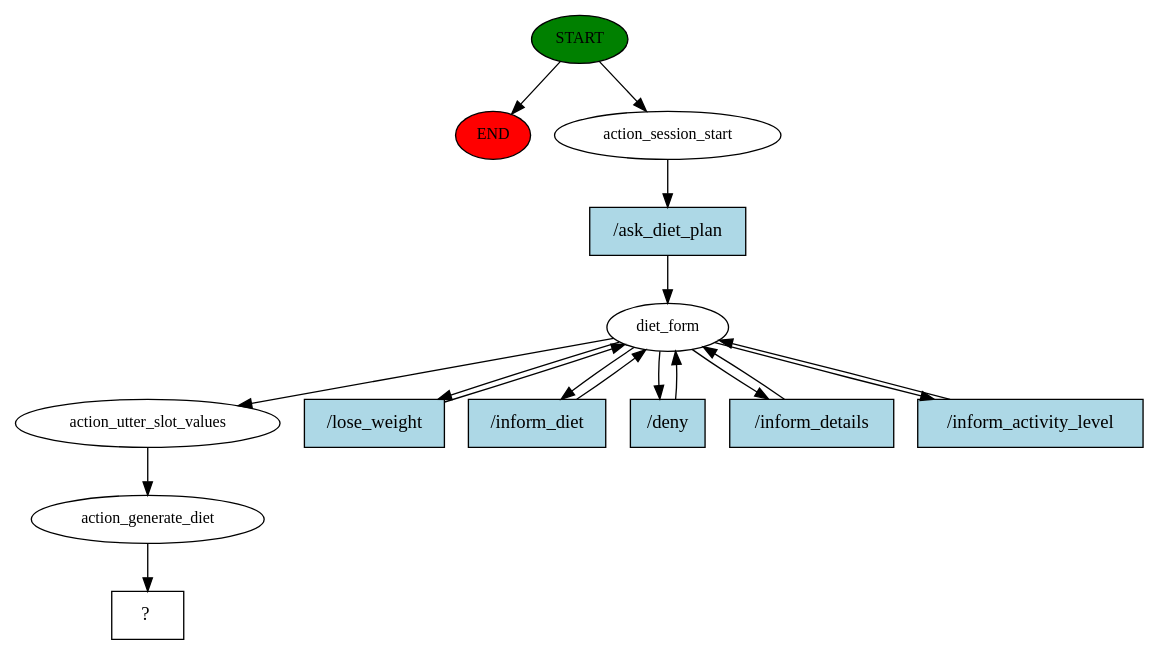
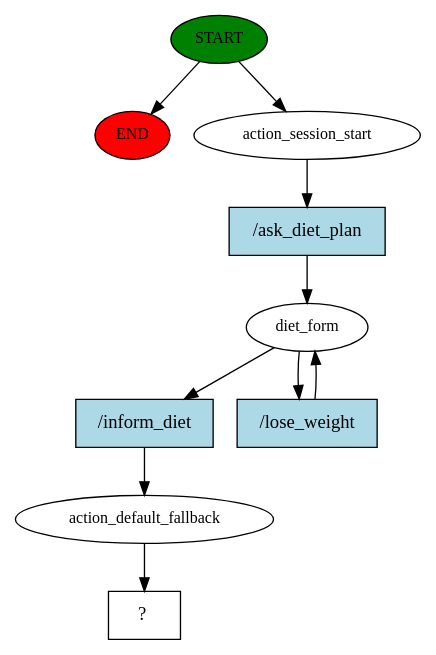
Before and after one commit to v-rowjee/Chatbot-Engine: the diagram in story_graph.dot, drawn with Graphviz. The commit also changed 5 other files, not shown here.

```diff
--- a/story_graph.dot
+++ b/story_graph.dot
@@ -1,32 +1,20 @@
 digraph  {
 0 [class="start active", fillcolor=green, fontsize=12, label=START, style=filled];
 "-1" [class=end, fillcolor=red, fontsize=12, label=END, style=filled];
 1 [class=active, fontsize=12, label=action_session_start];
 2 [class=active, fontsize=12, label=diet_form];
-11 [class=active, fontsize=12, label=action_utter_slot_values];
-12 [class=active, fontsize=12, label=action_generate_diet];
-13 [class="intent dashed active", label="  ?  ", shape=rect];
-14 [class="intent active", fillcolor=lightblue, label="/ask_diet_plan", shape=rect, style=filled];
-15 [class="intent active", fillcolor=lightblue, label="/lose_weight", shape=rect, style=filled];
-16 [class="intent active", fillcolor=lightblue, label="/inform_diet", shape=rect, style=filled];
-17 [class="intent active", fillcolor=lightblue, label="/deny", shape=rect, style=filled];
-18 [class="intent active", fillcolor=lightblue, label="/inform_details", shape=rect, style=filled];
-19 [class="intent active", fillcolor=lightblue, label="/inform_activity_level", shape=rect, style=filled];
+4 [class=active, fontsize=12, label=action_default_fallback];
+5 [class="intent dashed active", label="  ?  ", shape=rect];
+6 [class="intent active", fillcolor=lightblue, label="/ask_diet_plan", shape=rect, style=filled];
+7 [class="intent active", fillcolor=lightblue, label="/inform_diet", shape=rect, style=filled];
+8 [class="intent active", fillcolor=lightblue, label="/lose_weight", shape=rect, style=filled];
 0 -> "-1"  [class="", key=NONE, label=""];
 0 -> 1  [class=active, key=NONE, label=""];
-1 -> 14  [class=active, key=0];
-2 -> 11  [class=active, key=NONE, label=""];
-2 -> 15  [class=active, key=0];
-2 -> 16  [class=active, key=0];
-2 -> 17  [class=active, key=0];
-2 -> 18  [class=active, key=0];
-2 -> 19  [class=active, key=0];
-11 -> 12  [class=active, key=NONE, label=""];
-12 -> 13  [class=active, key=NONE, label=""];
-14 -> 2  [class=active, key=0];
-15 -> 2  [class=active, key=0];
-16 -> 2  [class=active, key=0];
-17 -> 2  [class=active, key=0];
-18 -> 2  [class=active, key=0];
-19 -> 2  [class=active, key=0];
+1 -> 6  [class=active, key=0];
+2 -> 7  [class=active, key=0];
+2 -> 8  [class=active, key=0];
+4 -> 5  [class=active, key=NONE, label=""];
+6 -> 2  [class=active, key=0];
+7 -> 4  [class=active, key=0];
+8 -> 2  [class=active, key=0];
 }
```
